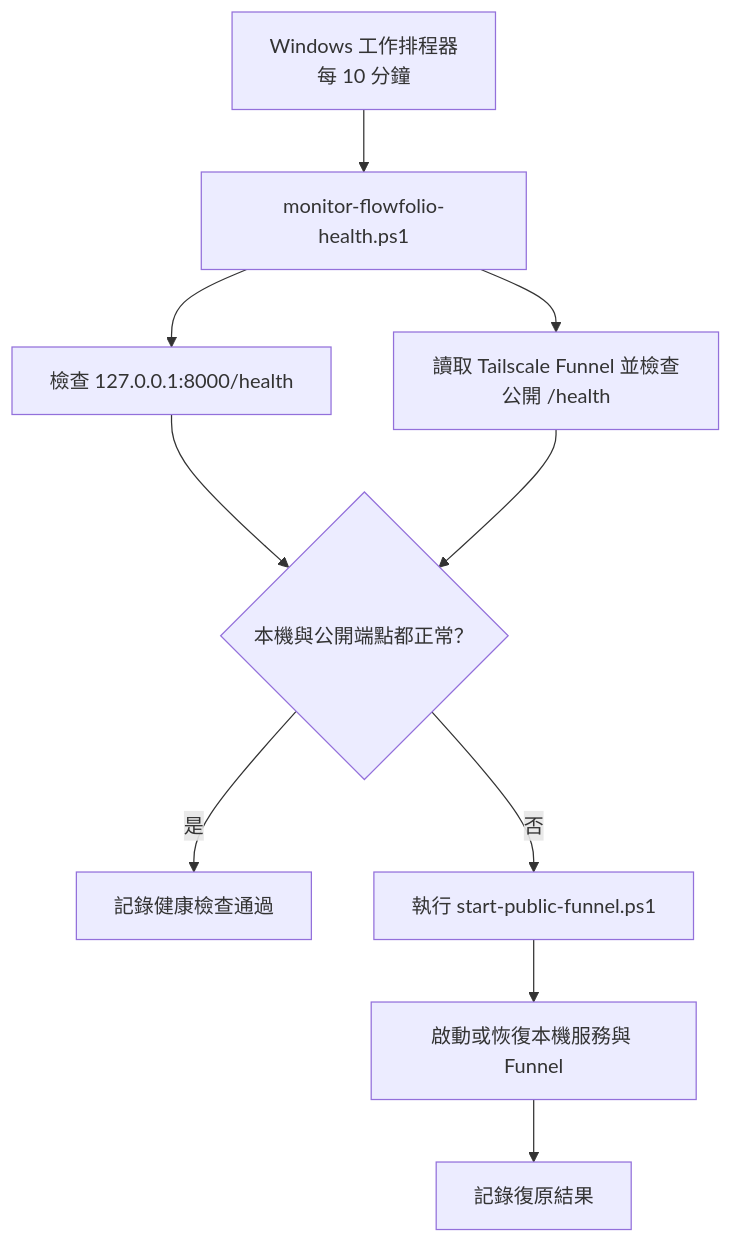
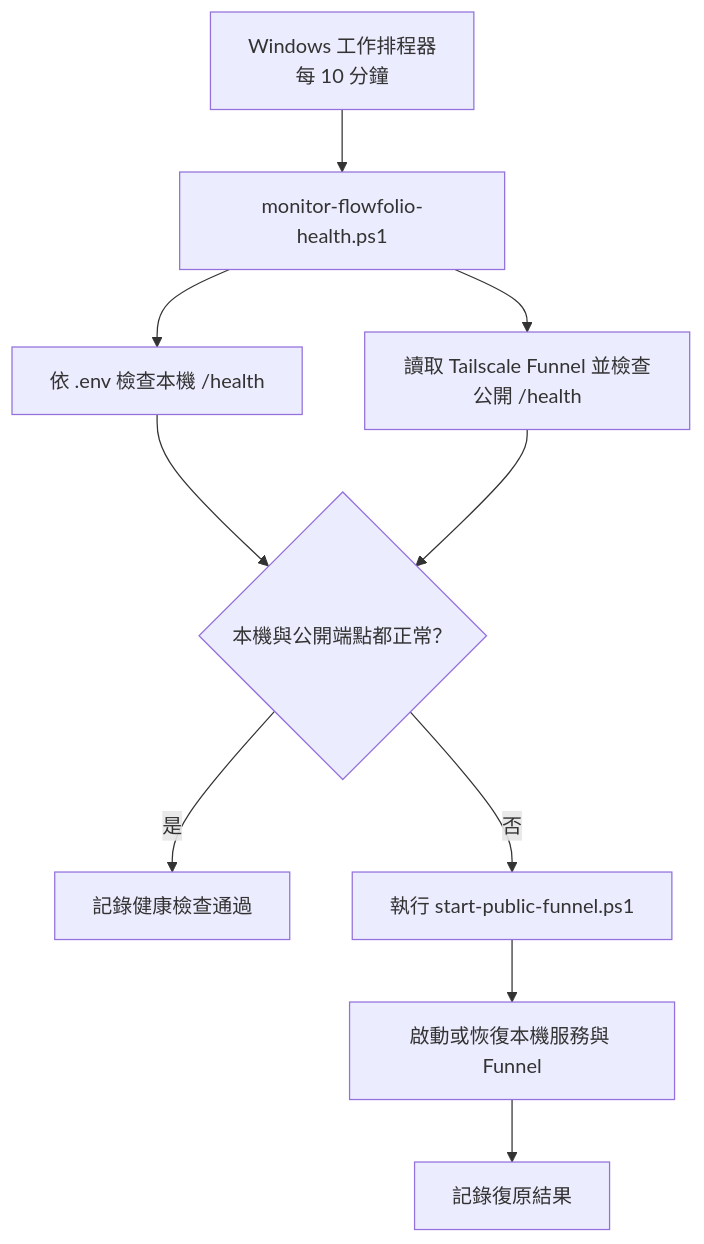
The diagram in docs/健康監控維護.md (jlin53882/Flowfolio), drawn with Mermaid before and after one commit. The commit also changed other lines of this file and 21 other files, not shown here.

Commit message:
整合 Flowfolio 環境設定與安全 webhook 通知

````diff
--- a/docs/健康監控維護.md
+++ b/docs/健康監控維護.md
@@ -14,12 +14,12 @@
 ```mermaid
 flowchart TD
     Schedule[Windows 工作排程器<br/>每 10 分鐘] --> Monitor[monitor-flowfolio-health.ps1]
-    Monitor --> Local[檢查 127.0.0.1:8000/health]
+    Monitor --> Local[依 .env 檢查本機 /health]
     Monitor --> Funnel[讀取 Tailscale Funnel 並檢查公開 /health]
     Local --> Decision{本機與公開端點都正常？}
     Funnel --> Decision
     Decision -->|是| Pass[記錄健康檢查通過]
     Decision -->|否| Recover[執行 start-public-funnel.ps1]
     Recover --> Service[啟動或恢復本機服務與 Funnel]
     Service --> Log[記錄復原結果]
 ```
````
